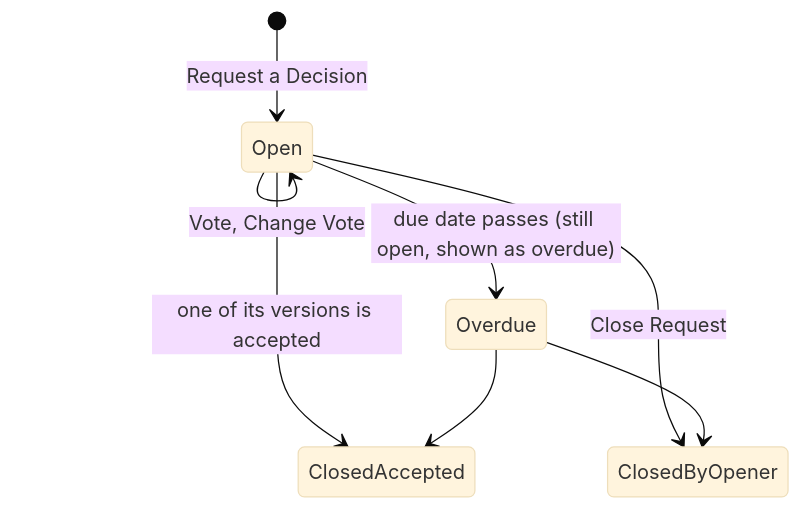
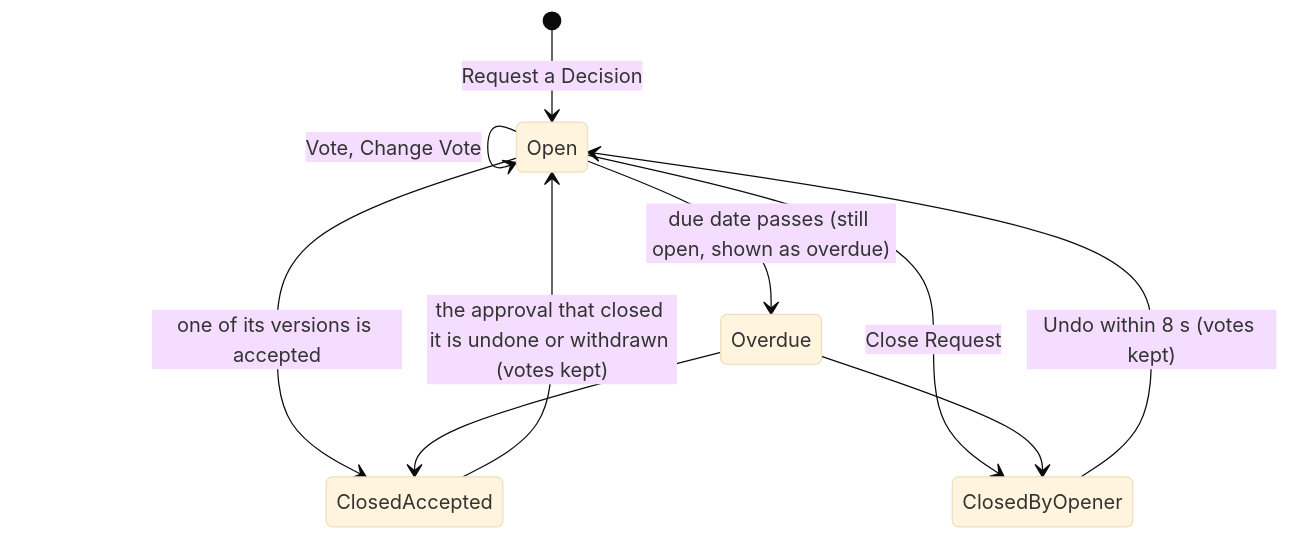
One commit to cdudek/snapmark changed the third of 9 diagrams in changes/2026-10-27-online-release-1/spec/ia.md. Above: the diagram before and after it, drawn with Mermaid (base theme). The commit also changed other lines of this file and 13 other files, not shown here.

````diff
--- a/changes/2026-10-27-online-release-1/spec/ia.md
+++ b/changes/2026-10-27-online-release-1/spec/ia.md
@@ -256,10 +267,12 @@
 ```mermaid
 stateDiagram-v2
     [*] --> Open: Request a Decision
     Open --> Open: Vote, Change Vote
     Open --> ClosedAccepted: one of its versions is accepted
     Open --> ClosedByOpener: Close Request
     Open --> Overdue: due date passes (still open, shown as overdue)
     Overdue --> ClosedAccepted
     Overdue --> ClosedByOpener
+    ClosedAccepted --> Open: the approval that closed it is undone or withdrawn (votes kept)
+    ClosedByOpener --> Open: Undo within 8 s (votes kept)
 ```
````
